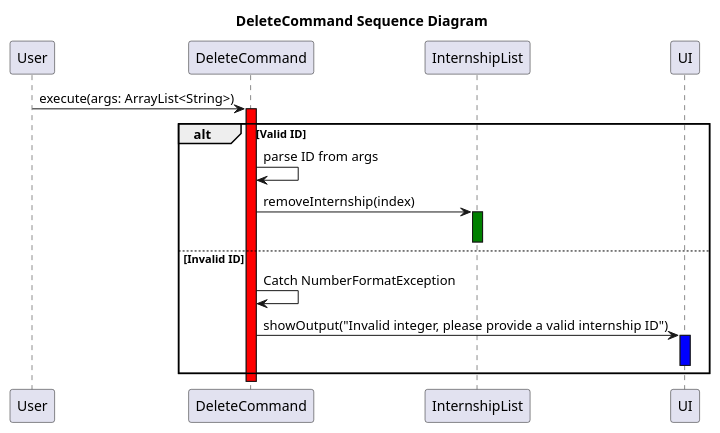
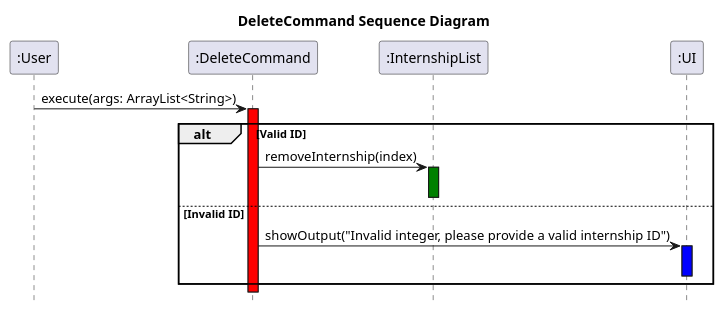
Before and after one commit to nus-cs2113-AY2425S1/tp: the diagram in docs/UML/DeleteCommand.puml, drawn with PlantUML. The commit also changed 8 other files, not shown here.

Commit message:
edited plantUML diagrams

```diff
--- a/docs/UML/DeleteCommand.puml
+++ b/docs/UML/DeleteCommand.puml
@@ -1,18 +1,17 @@
 @startuml
 title DeleteCommand Sequence Diagram
+hide footbox
 
-User -> DeleteCommand: execute(args: ArrayList<String>)
-activate DeleteCommand #red
+":User" -> ":DeleteCommand": execute(args: ArrayList<String>)
+activate ":DeleteCommand" #red
 alt Valid ID
-    DeleteCommand -> DeleteCommand: parse ID from args
-    DeleteCommand -> InternshipList: removeInternship(index)
-    activate InternshipList #green
-    deactivate InternshipList #green
+    ":DeleteCommand" -> ":InternshipList": removeInternship(index)
+    activate ":InternshipList" #green
+    deactivate ":InternshipList" #green
 else Invalid ID
-    DeleteCommand -> DeleteCommand: Catch NumberFormatException
-    DeleteCommand -> UI: showOutput("Invalid integer, please provide a valid internship ID")
-    activate UI #blue
-    deactivate UI
+    ":DeleteCommand" -> ":UI": showOutput("Invalid integer, please provide a valid internship ID")
+    activate ":UI" #blue
+    deactivate ":UI"
 end
 
 @enduml
```
